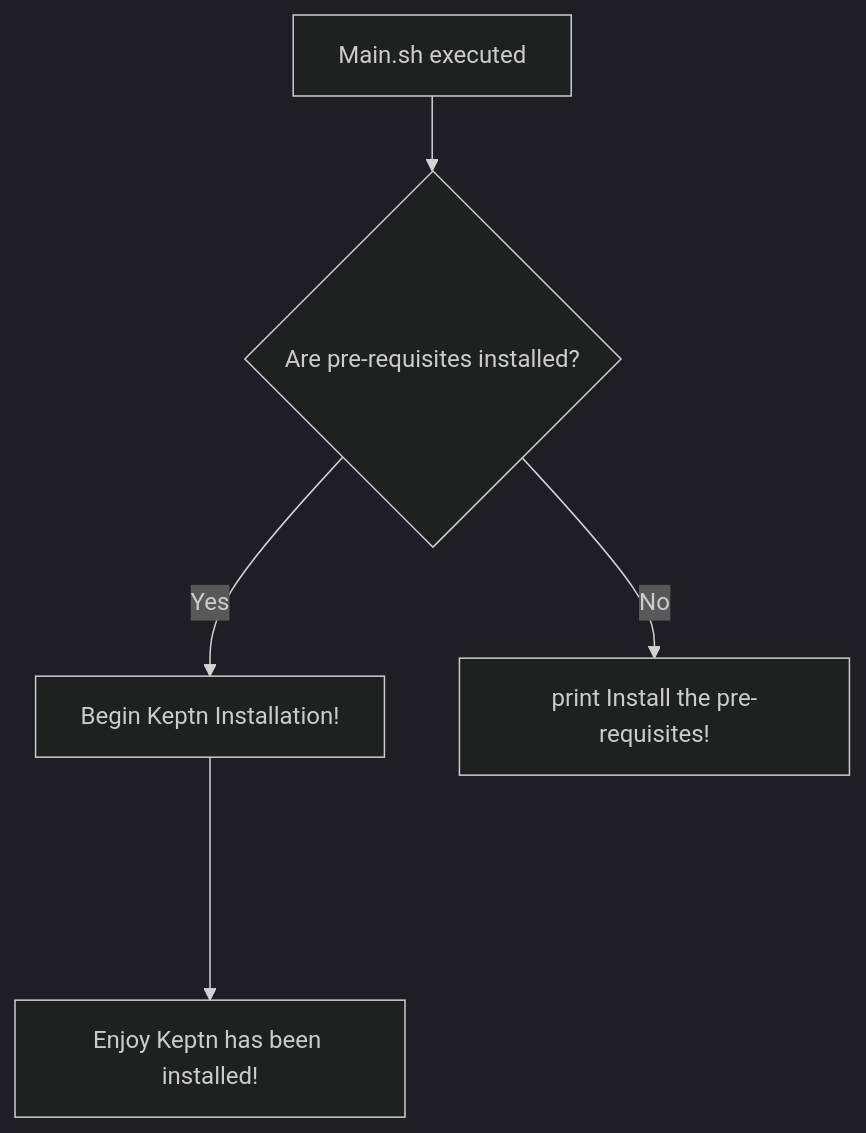
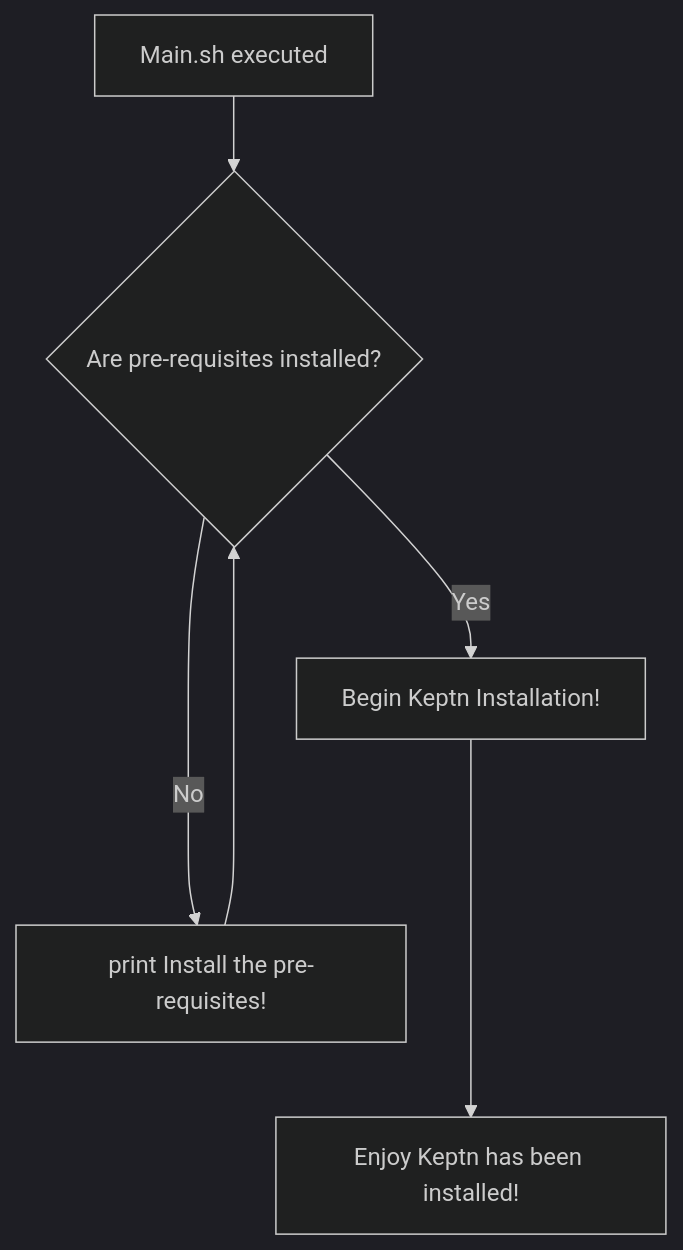
One commit to NashTech-Labs/Setup-Keptn-Using-Jenkins changed the diagram in README.md. Above: the diagram before and after it, drawn with Mermaid (dark theme).

Commit message:
Updated Tech Hub with scripts and readme

````diff
--- a/README.md
+++ b/README.md
@@ -11,7 +11,8 @@
 ```mermaid
 flowchart TD
     A[Main.sh executed] --> B{Are pre-requisites installed?};
     B -- Yes --> C[Begin Keptn Installation!];
     B -- No --> D[print Install the pre-requisites!];
     C ----> E[Enjoy Keptn has been installed!];
+    D ----> B{Are pre-requisites installed?};
 ```
````
